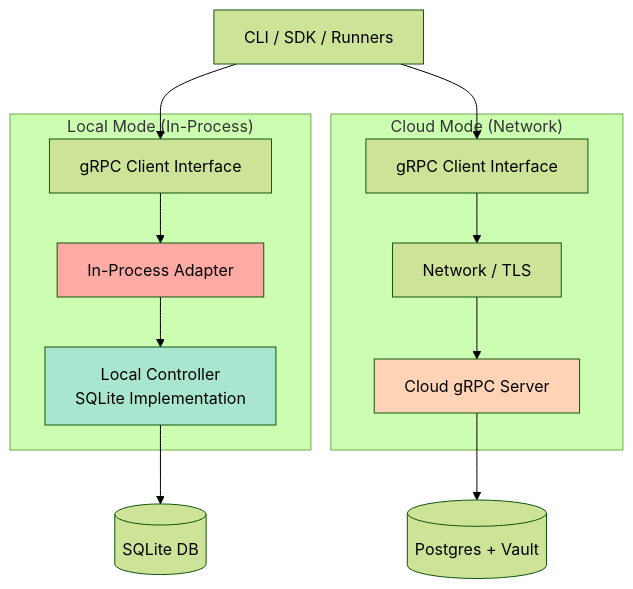
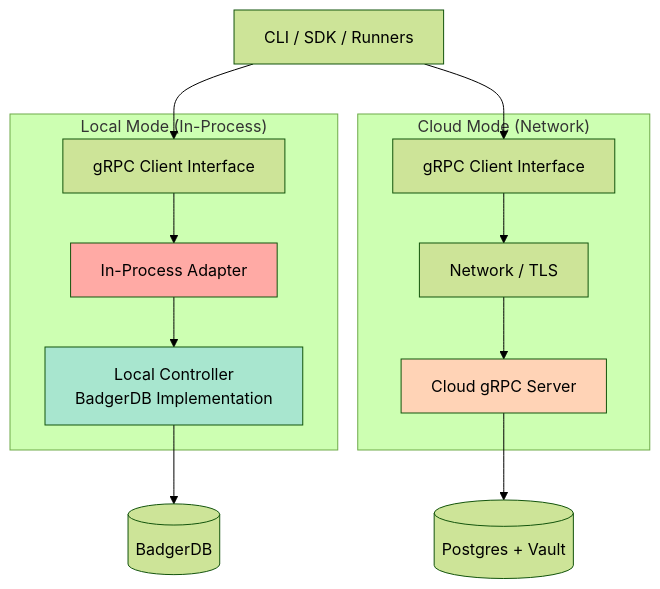
Before and after one commit to stigmer/stigmer: the diagram in docs/architecture/backend-abstraction.md, drawn with Mermaid (forest theme). The commit also changed other lines of this file and 11 other files, not shown here.

First line of the commit message:
refactor(backend): migrate from SQLite to BadgerDB with daemon architecture

````diff
--- a/docs/architecture/backend-abstraction.md
+++ b/docs/architecture/backend-abstraction.md
@@ -13,31 +13,31 @@
 ```mermaid
 flowchart TB
     CLI[CLI / SDK / Runners]
     
     subgraph "Local Mode (In-Process)"
         Client1[gRPC Client Interface]
         Adapter[In-Process Adapter]
-        LocalImpl[Local Controller<br/>SQLite Implementation]
+        LocalImpl[Local Controller<br/>BadgerDB Implementation]
     end
     
     subgraph "Cloud Mode (Network)"
         Client2[gRPC Client Interface]
         Network[Network / TLS]
         CloudImpl[Cloud gRPC Server]
     end
     
     CLI --> Client1
     CLI --> Client2
     
     Client1 --> Adapter
     Adapter --> LocalImpl
-    LocalImpl --> SQLite[(SQLite DB)]
+    LocalImpl --> BadgerDB[(BadgerDB)]
     
     Client2 --> Network
     Network --> CloudImpl
     CloudImpl --> Postgres[(Postgres + Vault)]
     
     style LocalImpl fill:#a8e6cf
     style CloudImpl fill:#ffd3b6
     style Adapter fill:#ffaaa5
 ```
````
